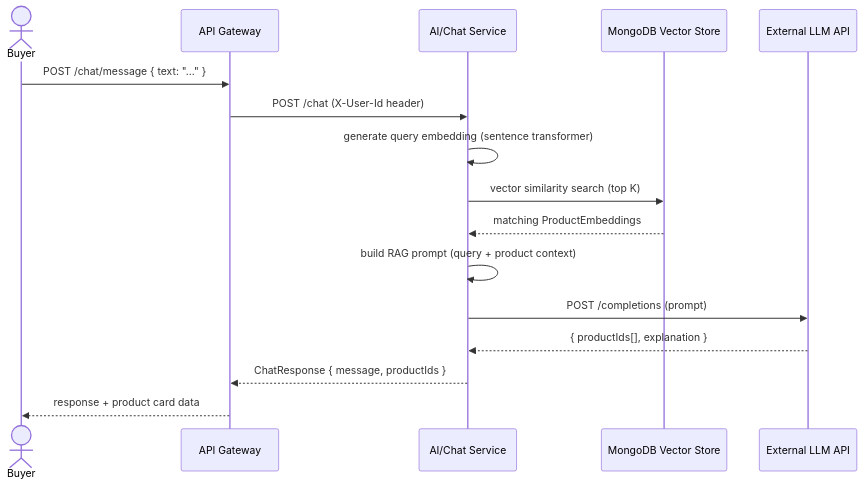
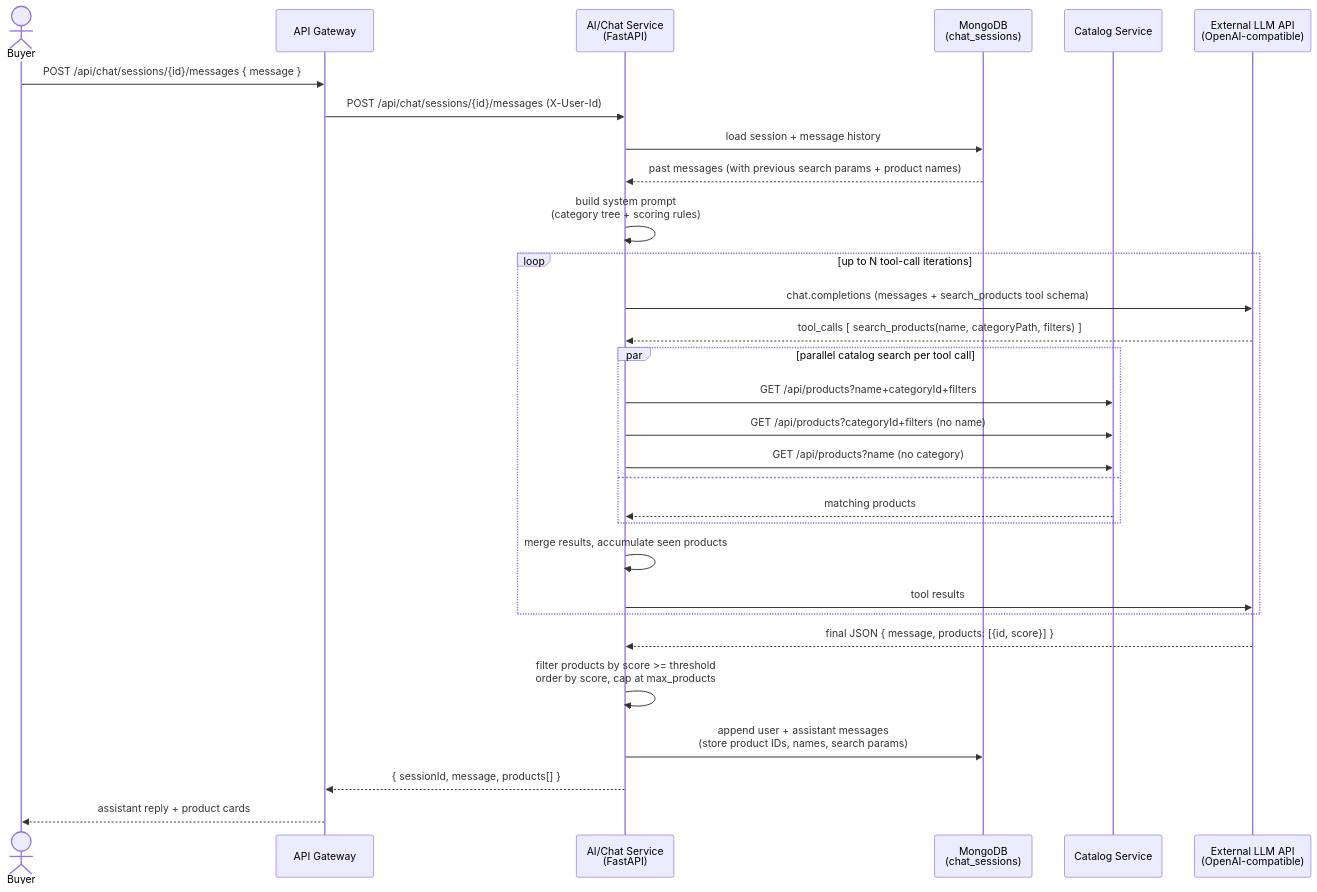
Before and after one commit to stefann5/marketplace: the diagram in diagrams/sequences/ai-chat-flow.md, drawn with Mermaid. The commit also changed 5 other files, not shown here.

Commit message:
updated readme and diagrams

````diff
--- a/diagrams/sequences/ai-chat-flow.md
+++ b/diagrams/sequences/ai-chat-flow.md
@@ -3,22 +3,40 @@
 ```mermaid
 sequenceDiagram
     actor Buyer
     participant GW as API Gateway
-    participant AI as AI/Chat Service
-    participant VS as MongoDB Vector Store
-    participant LLM as External LLM API
+    participant AI as AI/Chat Service<br/>(FastAPI)
+    participant DB as MongoDB<br/>(chat_sessions)
+    participant CAT as Catalog Service
+    participant LLM as External LLM API<br/>(OpenAI-compatible)
 
-    Buyer->>GW: POST /chat/message { text: "..." }
-    GW->>AI: POST /chat (X-User-Id header)
+    Buyer->>GW: POST /api/chat/sessions/{id}/messages { message }
+    GW->>AI: POST /api/chat/sessions/{id}/messages (X-User-Id)
 
-    AI->>AI: generate query embedding (sentence transformer)
-    AI->>VS: vector similarity search (top K)
-    VS-->>AI: matching ProductEmbeddings
+    AI->>DB: load session + message history
+    DB-->>AI: past messages (with previous search params + product names)
 
-    AI->>AI: build RAG prompt (query + product context)
-    AI->>LLM: POST /completions (prompt)
-    LLM-->>AI: { productIds[], explanation }
+    AI->>AI: build system prompt<br/>(category tree + scoring rules)
 
-    AI-->>GW: ChatResponse { message, productIds }
-    GW-->>Buyer: response + product card data
+    loop up to N tool-call iterations
+        AI->>LLM: chat.completions (messages + search_products tool schema)
+        LLM-->>AI: tool_calls [ search_products(name, categoryPath, filters) ]
+
+        par parallel catalog search per tool call
+            AI->>CAT: GET /api/products?name+categoryId+filters
+            AI->>CAT: GET /api/products?categoryId+filters (no name)
+            AI->>CAT: GET /api/products?name (no category)
+        and
+            CAT-->>AI: matching products
+        end
+
+        AI->>AI: merge results, accumulate seen products
+        AI->>LLM: tool results
+    end
+
+    LLM-->>AI: final JSON { message, products: [{id, score}] }
+    AI->>AI: filter products by score >= threshold<br/>order by score, cap at max_products
+
+    AI->>DB: append user + assistant messages<br/>(store product IDs, names, search params)
+    AI-->>GW: { sessionId, message, products[] }
+    GW-->>Buyer: assistant reply + product cards
 ```
````
